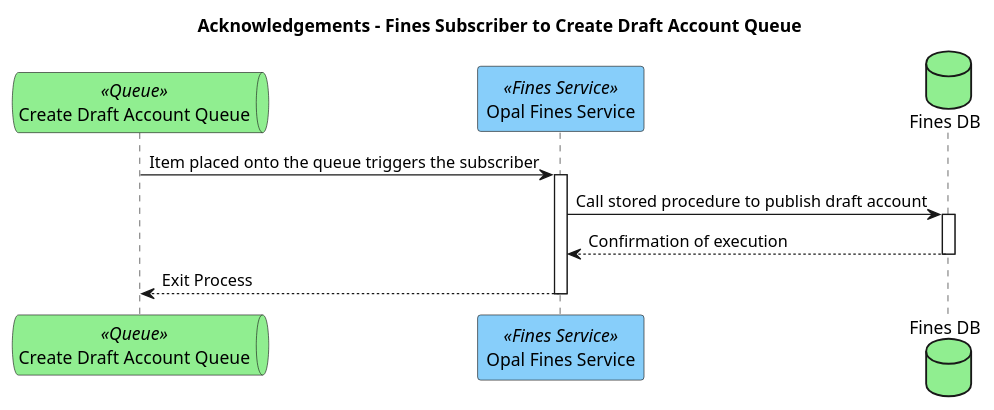
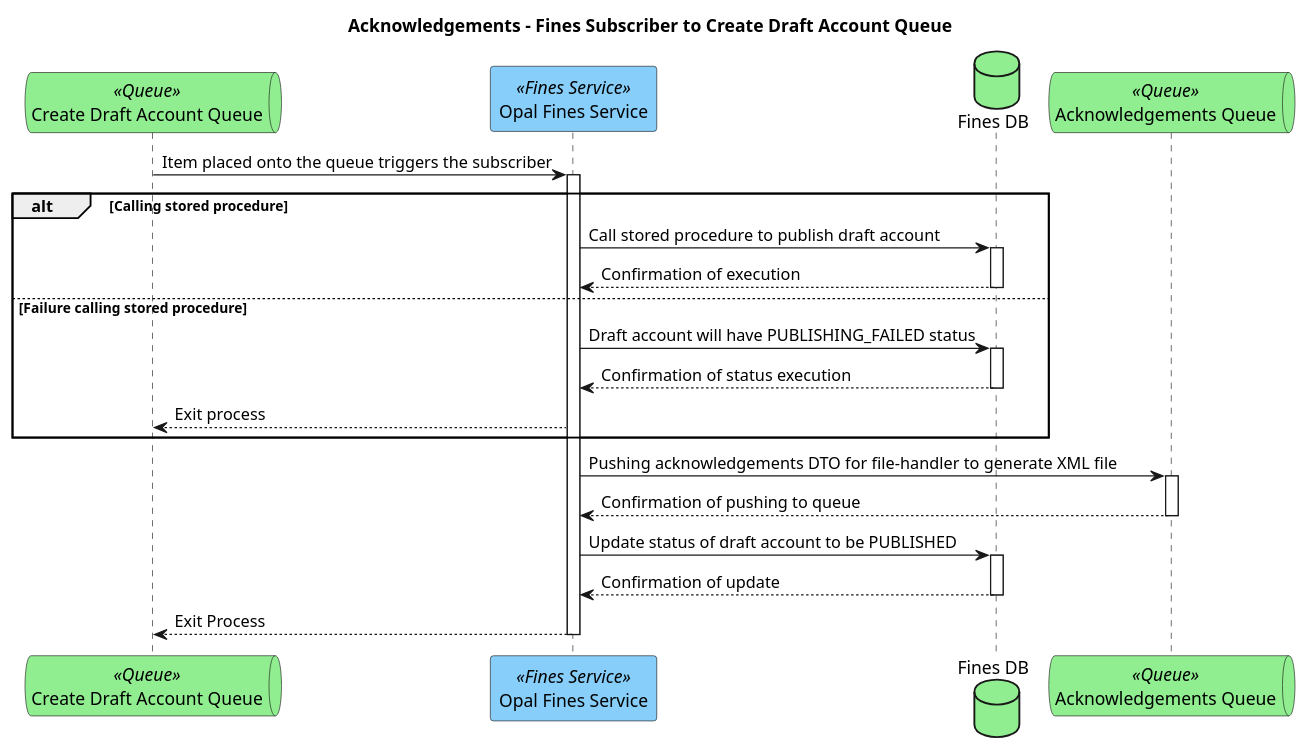
One commit to hmcts/opal-docs changed the diagram in plantUML/external-interfaces/acknowledgements-fines-sub.puml. Above: the diagram before and after it, drawn with PlantUML. The commit also changed 3 other files, not shown here.

Commit message:
Updating EI9 E2E diagrams with Ben E's comments

```diff
--- a/plantUML/external-interfaces/acknowledgements-fines-sub.puml
+++ b/plantUML/external-interfaces/acknowledgements-fines-sub.puml
@@ -1,11 +1,22 @@
 @startuml
 title Acknowledgements - Fines Subscriber to Create Draft Account Queue
 queue "Create Draft Account Queue" as createDraftAccountQueue <<Queue>> #lightgreen
 participant "Opal Fines Service" as finesService <<Fines Service>> #lightskyblue
 database "Fines DB" as finesDb #lightgreen
+queue "Acknowledgements Queue" as acknowledgementsQueue <<Queue>> #lightgreen
 
 createDraftAccountQueue -> finesService ++ : Item placed onto the queue triggers the subscriber
-finesService -> finesDb ++ : Call stored procedure to publish draft account
-finesDb --> finesService -- : Confirmation of execution
+alt Calling stored procedure
+    finesService -> finesDb ++ : Call stored procedure to publish draft account
+    finesDb --> finesService -- : Confirmation of execution
+else Failure calling stored procedure
+    finesService -> finesDb ++ : Draft account will have PUBLISHING_FAILED status
+    finesDb --> finesService -- : Confirmation of status execution
+    finesService --> createDraftAccountQueue : Exit process
+end
+finesService -> acknowledgementsQueue ++ : Pushing acknowledgements DTO for file-handler to generate XML file
+acknowledgementsQueue --> finesService -- : Confirmation of pushing to queue
+finesService -> finesDb ++ : Update status of draft account to be PUBLISHED
+finesDb --> finesService -- : Confirmation of update
 finesService --> createDraftAccountQueue -- : Exit Process
 @enduml
```
